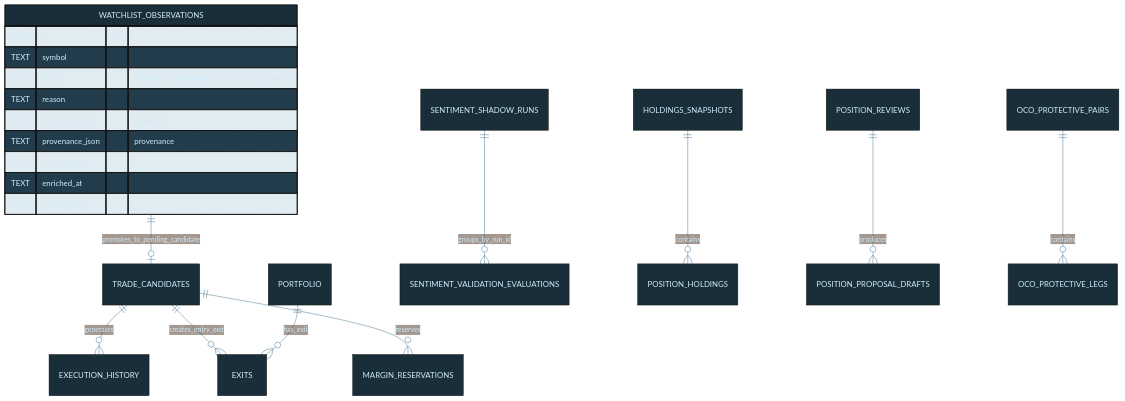
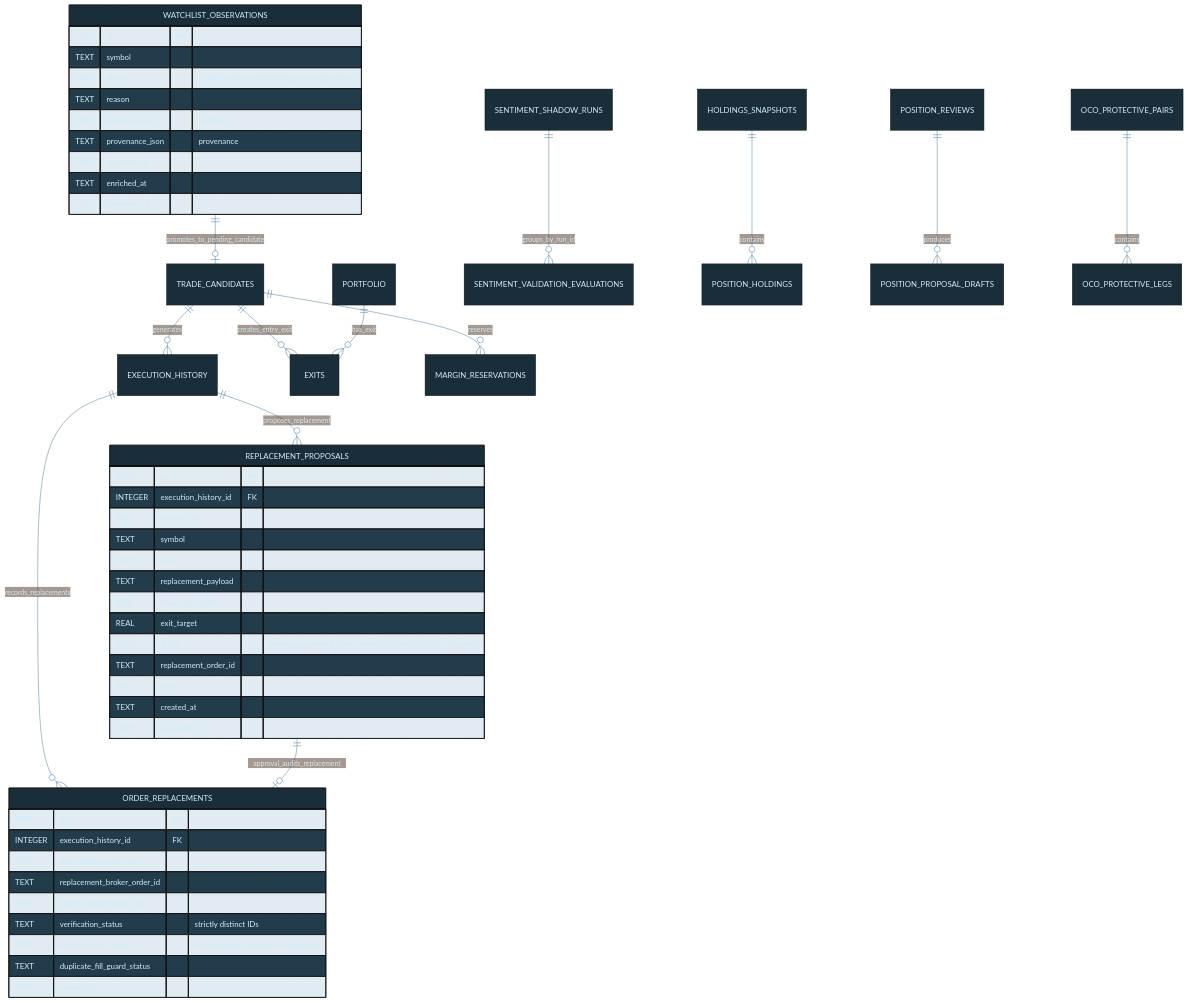
One commit to tylerdrakemusic/-Workspace changed the diagram in diagrams/capital-db-schema.mmd. Above: the diagram before and after it, drawn with Mermaid. The commit also changed 4 other files, not shown here.

Commit message:
docs: sync Capital architecture diagrams

```diff
--- a/diagrams/capital-db-schema.mmd
+++ b/diagrams/capital-db-schema.mmd
@@ -1,25 +1,54 @@
 %%{init: {'theme': 'base', 'themeVariables': {'primaryColor': '#1a2e3a', 'primaryTextColor': '#d0ecf8', 'edgeLabelBackground': '#0f1318', 'lineColor': '#4a7a9a'}}}%%
 %% is_derived_view=false
 %% Traceability.derived_views: diagrams/capital-db-derived-trading.mmd, diagrams/capital-db-derived-position-and-validation.mmd
 erDiagram
     TRADE_CANDIDATES ||--o{ EXECUTION_HISTORY : generates
+    EXECUTION_HISTORY ||--o{ REPLACEMENT_PROPOSALS : proposes_replacement
+    EXECUTION_HISTORY ||--o{ ORDER_REPLACEMENTS : records_replacements
     TRADE_CANDIDATES ||--o{ EXITS : creates_entry_exit
     WATCHLIST_OBSERVATIONS ||--o| TRADE_CANDIDATES : promotes_to_pending_candidate
     PORTFOLIO ||--o{ EXITS : has_exit
     TRADE_CANDIDATES ||--o{ MARGIN_RESERVATIONS : reserves
     SENTIMENT_SHADOW_RUNS ||--o{ SENTIMENT_VALIDATION_EVALUATIONS : groups_by_run_id
     HOLDINGS_SNAPSHOTS ||--o{ POSITION_HOLDINGS : contains
     POSITION_REVIEWS ||--o{ POSITION_PROPOSAL_DRAFTS : produces
     OCO_PROTECTIVE_PAIRS ||--o{ OCO_PROTECTIVE_LEGS : contains
+    REPLACEMENT_PROPOSALS ||--o| ORDER_REPLACEMENTS : approval_audits_replacement
+    REPLACEMENT_PROPOSALS {
+        TEXT id PK
+        INTEGER execution_history_id FK
+        TEXT account_ref
+        TEXT symbol
+        TEXT side
+        TEXT replacement_payload
+        REAL stop_loss_target
+        REAL exit_target
+        TEXT status "pending|approved|confirmed|rejected|reconciliation_required"
+        TEXT replacement_order_id
+        TEXT error
+        TEXT created_at
+        TEXT approved_at
+    }
+    ORDER_REPLACEMENTS {
+        TEXT id PK
+        INTEGER execution_history_id FK
+        TEXT prior_broker_order_id
+        TEXT replacement_broker_order_id
+        TEXT current_broker_order_id
+        TEXT verification_status "strictly distinct IDs"
+        TEXT reconciliation_status "reconciliation_required on ambiguity"
+        TEXT duplicate_fill_guard_status
+        TEXT created_at
+    }
     WATCHLIST_OBSERVATIONS {
         TEXT id PK
         TEXT symbol
         TEXT status "CHECK deferred|watchlist|promoted|archived"
         TEXT reason
         TEXT evidence_json "evidence"
         TEXT provenance_json "provenance"
         TEXT observed_at
         TEXT enriched_at
         TEXT promoted_at
     }
     %% Index: idx_watchlist_observations_symbol ON (symbol, observed_at)
```
